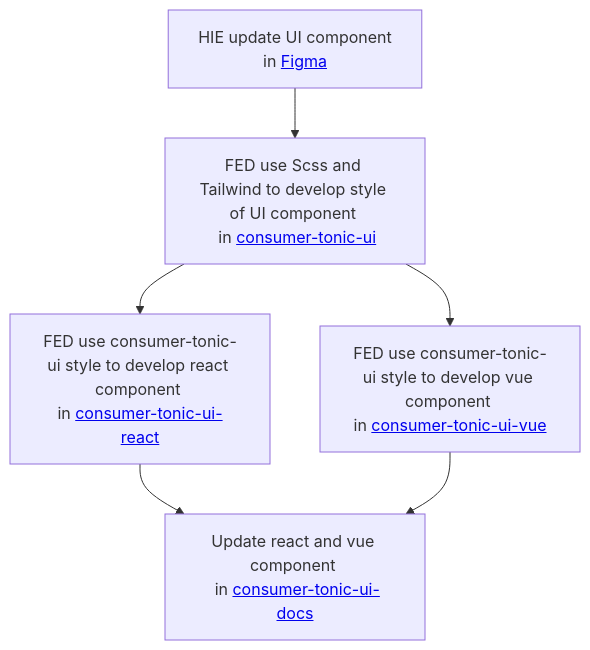
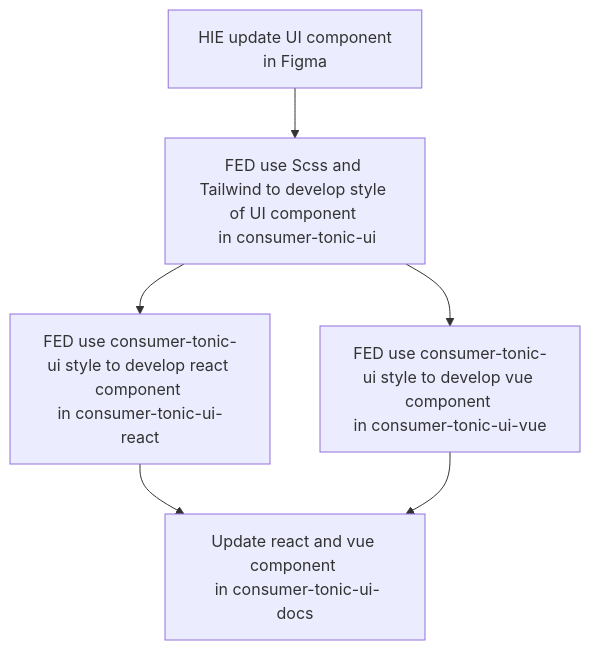
Before and after one commit to andrew781026/tonic-ui-fork: the diagram in README.md, drawn with Mermaid.

Commit message:
[main] update readme

````diff
--- a/README.md
+++ b/README.md
@@ -6,8 +6,8 @@
 ```mermaid
 graph TD
-    A["HIE update UI component<br/> in <a href="https://www.figma.com/file/FPcYhygcr22tZS08P7hFF8/%F0%9F%8F%A0-Consumer-Tonic---UI-Components?type=design&node-id=8-0&mode=design&t=zxM7DbPxpa8hHSTt-0" target="_blank">Figma</a>"]-->B["FED use Scss and Tailwind to develop style of UI component <br/> in <a href="https://adc.github.trendmicro.com/Consumer-Frontend/consumer-tonic-ui" target="_blank">consumer-tonic-ui</a>"];
-    B-->C["FED use consumer-tonic-ui style to develop react component <br/>in <a href="https://adc.github.trendmicro.com/Consumer-Frontend/consumer-tonic-ui-react" target="_blank">consumer-tonic-ui-react</a>"];
-    B-->D["FED use consumer-tonic-ui style to develop vue component <br/>in <a href="https://adc.github.trendmicro.com/Consumer-Frontend/consumer-tonic-ui-vue" target="_blank">consumer-tonic-ui-vue</a>"];
+    A["HIE update UI component<br/> in Figma"]-->B["FED use Scss and Tailwind to develop style of UI component <br/> in consumer-tonic-ui"];
+    B-->C["FED use consumer-tonic-ui style to develop react component <br/>in consumer-tonic-ui-react"];
+    B-->D["FED use consumer-tonic-ui style to develop vue component <br/>in consumer-tonic-ui-vue"];
     C-->E["empty"];
-    D-->E["Update react and vue component </br> in <a href="https://adc.github.trendmicro.com/Consumer-Frontend/consumer-tonic-ui-docs" target="_blank">consumer-tonic-ui-docs</a>"];
+    D-->E["Update react and vue component </br> in consumer-tonic-ui-docs"];
 ```
````
